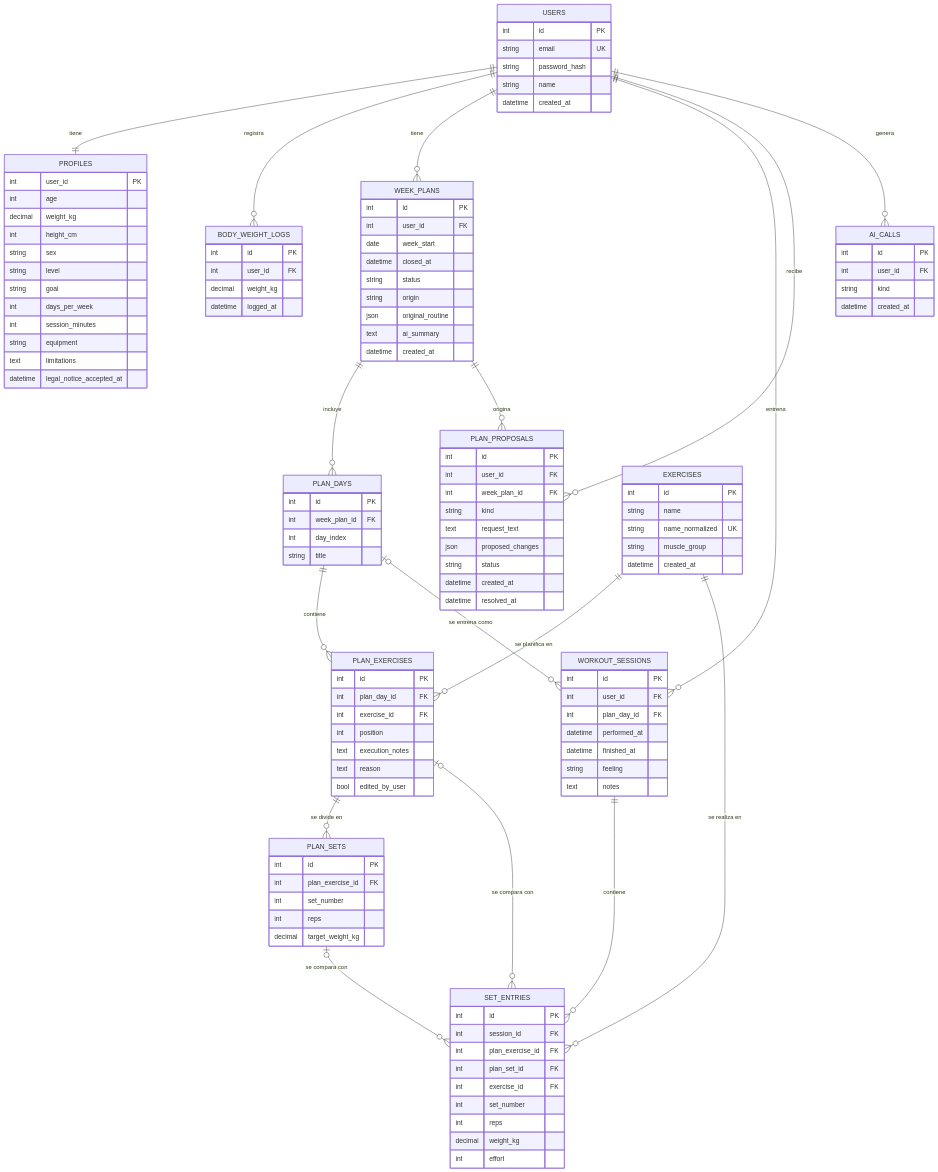
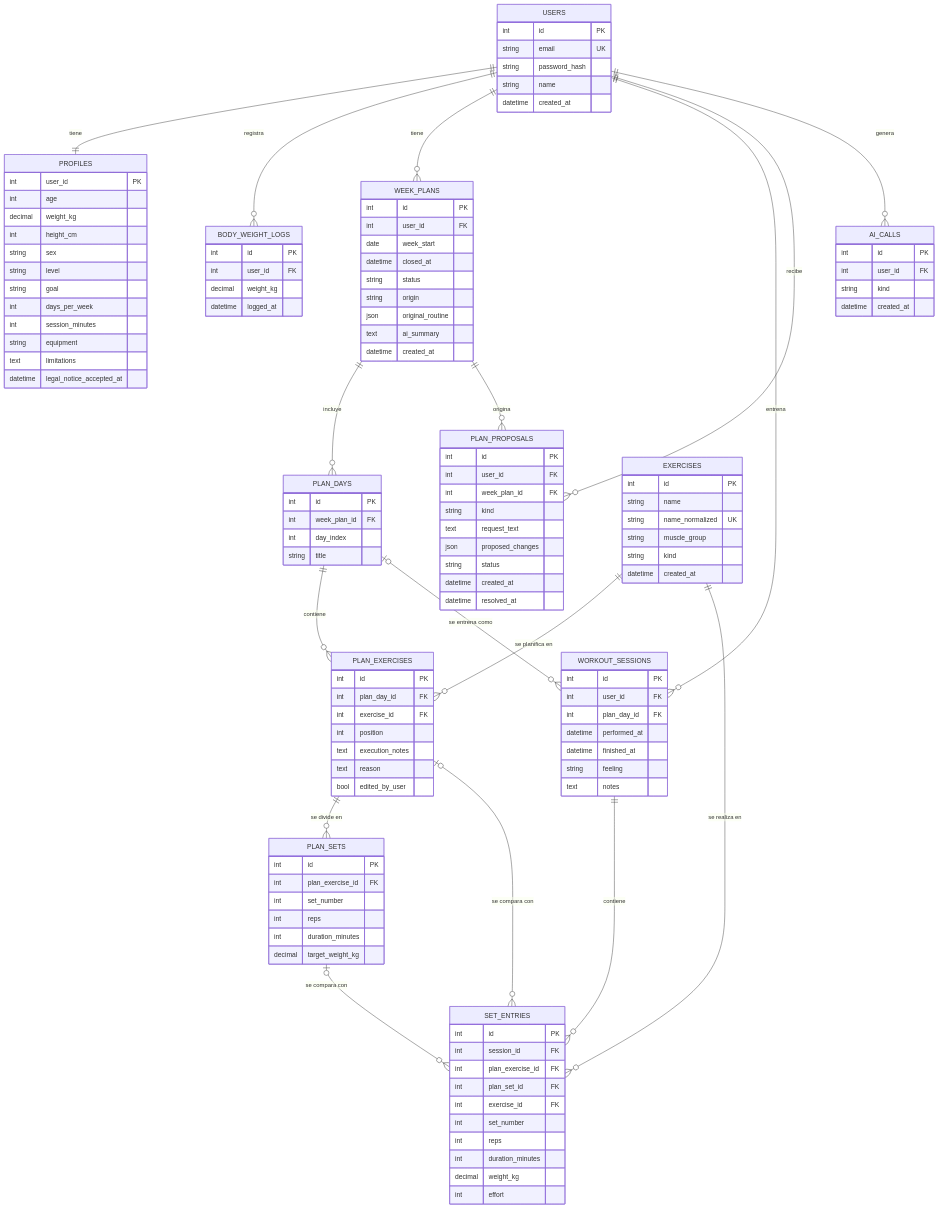
One commit to Chogarn/Spotter changed the diagram in docs/modelo-datos.md. Above: the diagram before and after it, drawn with Mermaid. The commit also changed other lines of this file and 4 other files, not shown here.

```diff
--- a/docs/modelo-datos.md
+++ b/docs/modelo-datos.md
@@ -67,6 +68,7 @@
         string name
         string name_normalized UK
         string muscle_group
+        string kind
         datetime created_at
     }
     WEEK_PLANS {
@@ -100,6 +102,7 @@
         int plan_exercise_id FK
         int set_number
         int reps
+        int duration_minutes
         decimal target_weight_kg
     }
     WORKOUT_SESSIONS {
@@ -119,6 +122,7 @@
         int exercise_id FK
         int set_number
         int reps
+        int duration_minutes
         decimal weight_kg
         int effort
     }
```
